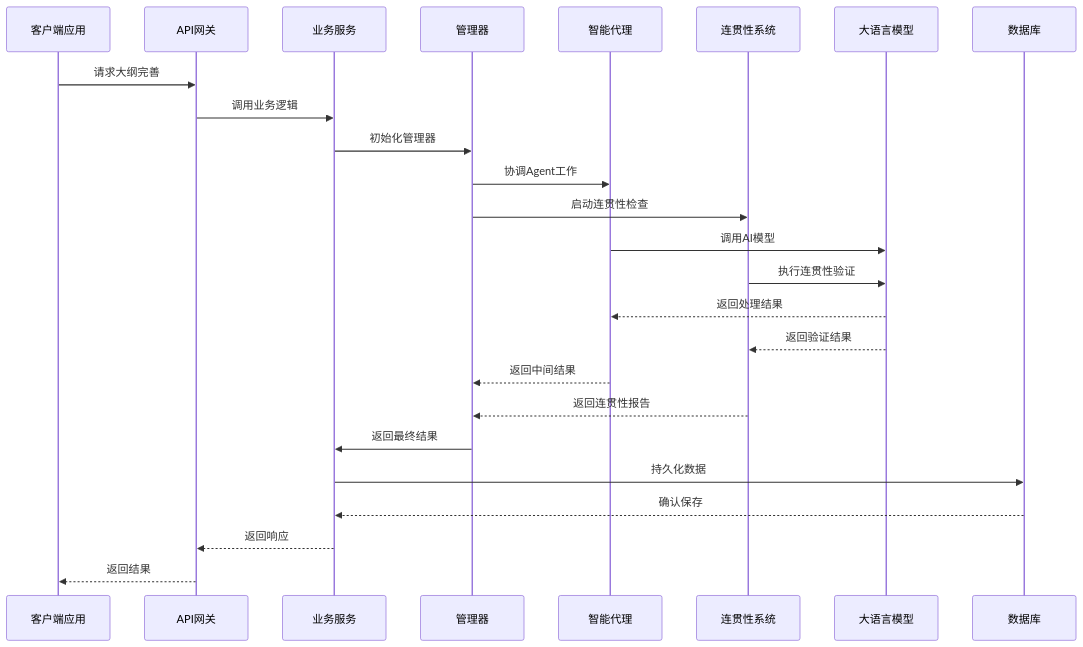
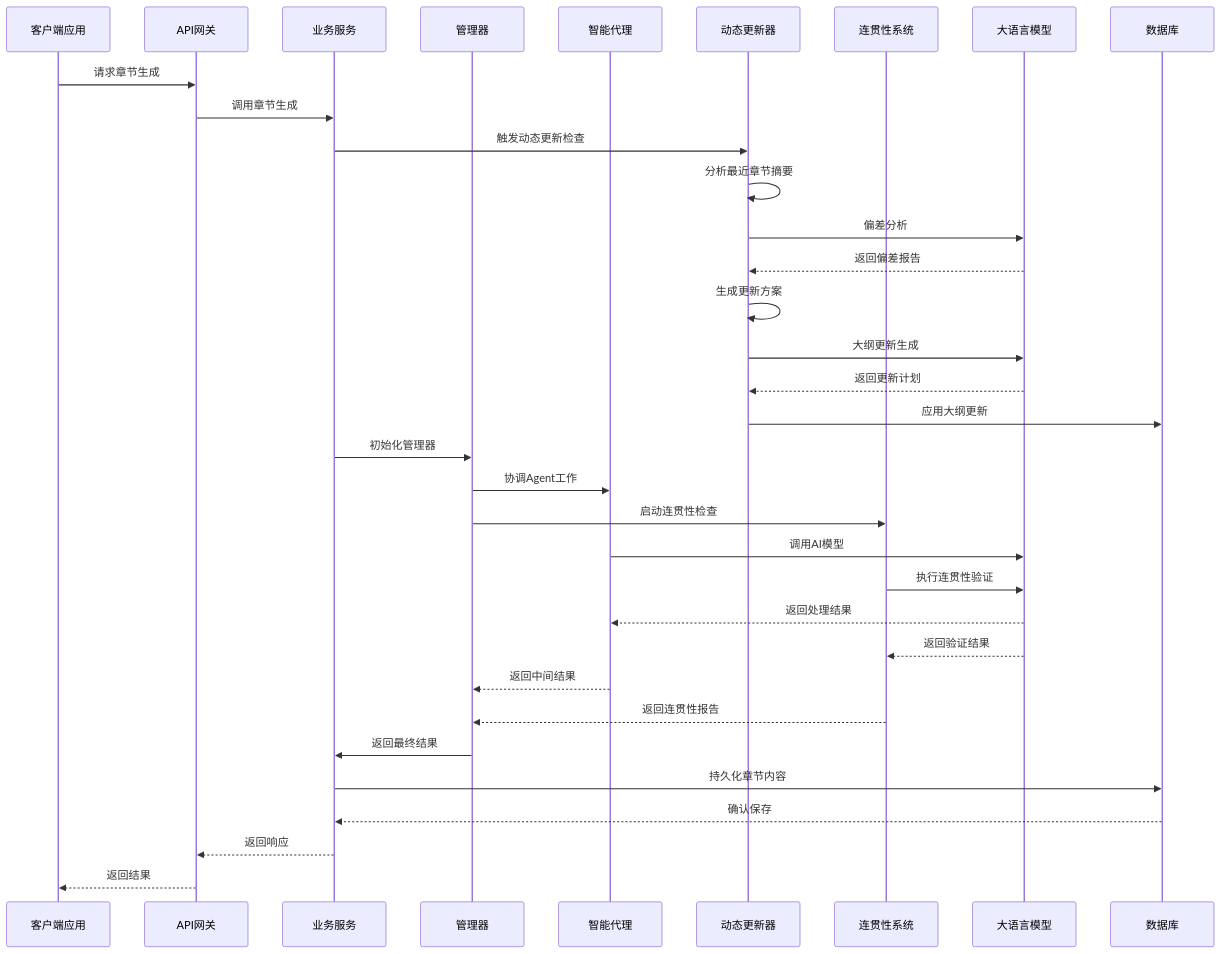
One commit to xfbyxq/ai-novel-system changed the second of 11 diagrams in .qoder/repowiki/zh/content/AI智能体系统/智能大纲完善系统.md. Above: the diagram before and after it, drawn with Mermaid. The commit also changed other lines of this file and 11 other files, not shown here.

````diff
--- a/.qoder/repowiki/zh/content/AI智能体系统/智能大纲完善系统.md
+++ b/.qoder/repowiki/zh/content/AI智能体系统/智能大纲完善系统.md
@@ -204,27 +252,36 @@
 ```mermaid
 sequenceDiagram
 participant Client as 客户端应用
 participant API as API网关
 participant Service as 业务服务
 participant Manager as 管理器
 participant Agents as 智能代理
+participant DynamicUpdater as 动态更新器
 participant Continuity as 连贯性系统
 participant LLM as 大语言模型
 participant DB as 数据库
-Client->>API : 请求大纲完善
-API->>Service : 调用业务逻辑
+Client->>API : 请求章节生成
+API->>Service : 调用章节生成
+Service->>DynamicUpdater : 触发动态更新检查
+DynamicUpdater->>DynamicUpdater : 分析最近章节摘要
+DynamicUpdater->>LLM : 偏差分析
+LLM-->>DynamicUpdater : 返回偏差报告
+DynamicUpdater->>DynamicUpdater : 生成更新方案
+DynamicUpdater->>LLM : 大纲更新生成
+LLM-->>DynamicUpdater : 返回更新计划
+DynamicUpdater->>DB : 应用大纲更新
 Service->>Manager : 初始化管理器
 Manager->>Agents : 协调Agent工作
 Manager->>Continuity : 启动连贯性检查
 Agents->>LLM : 调用AI模型
 Continuity->>LLM : 执行连贯性验证
 LLM-->>Agents : 返回处理结果
 LLM-->>Continuity : 返回验证结果
 Agents-->>Manager : 返回中间结果
 Continuity-->>Manager : 返回连贯性报告
 Manager->>Service : 返回最终结果
-Service->>DB : 持久化数据
+Service->>DB : 持久化章节内容
 DB-->>Service : 确认保存
 Service-->>API : 返回响应
 API-->>Client : 返回结果
 ```
````
